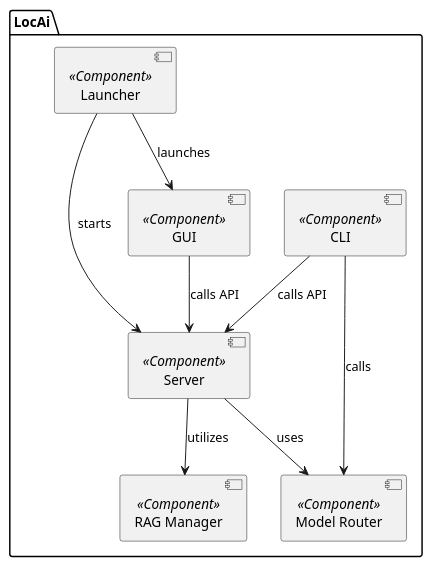
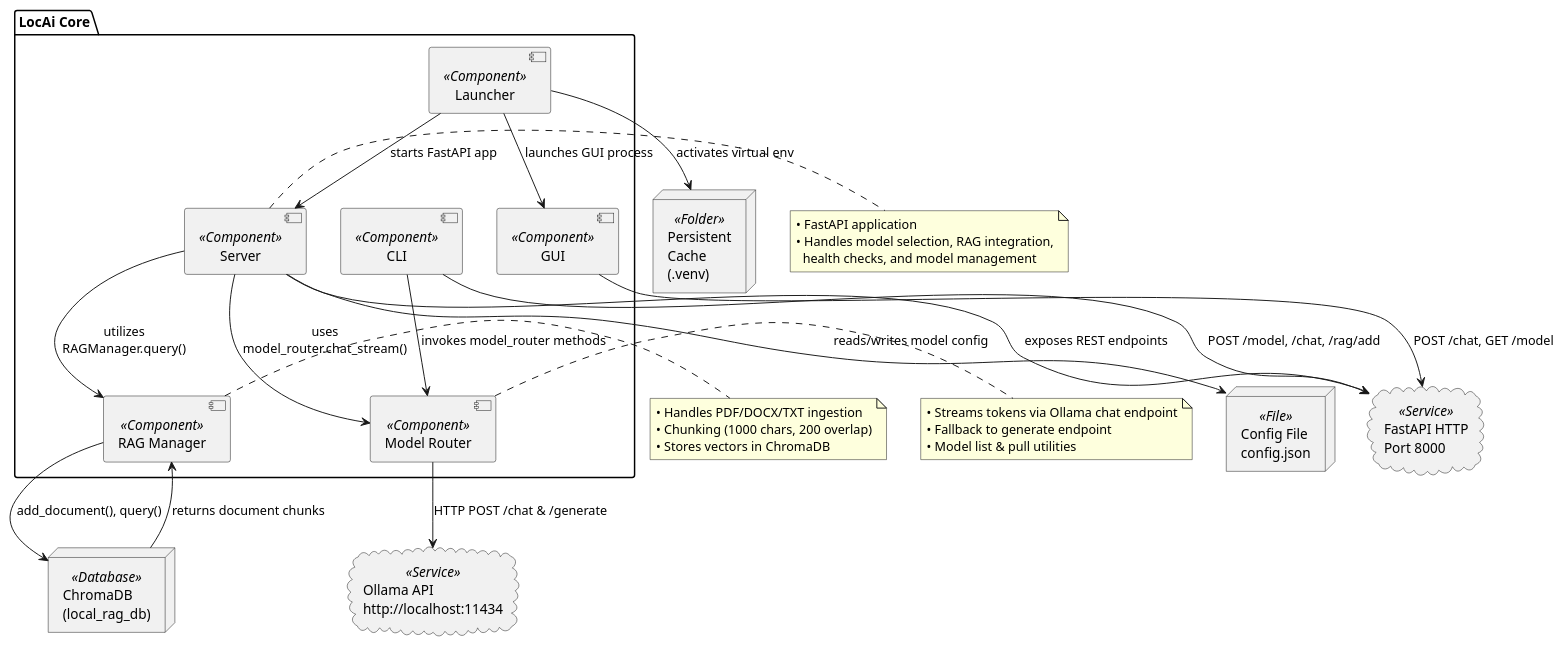
One commit to pranavakshit/LocAi changed the diagram in architecture.puml. Above: the diagram before and after it, drawn with PlantUML.

Commit message:
docs: expand architecture diagram with data stores, external services, and component annotations

```diff
--- a/architecture.puml
+++ b/architecture.puml
@@ -1,21 +1,68 @@
 @startuml
-' Define components
-package "LocAi" {
-  [Server] as server <<Component>>
-  [RAG Manager] as rag <<Component>>
-  [Model Router] as modelRouter <<Component>>
-  [CLI] as cli <<Component>>
-  [GUI] as gui <<Component>>
-  [Launcher] as launcher <<Component>>
+' ==========================================================
+' LocAi Architecture – detailed component view
+' ==========================================================
+' Packages for logical grouping
+package "LocAi Core" {
+  [Server]           as server   <<Component>>
+  [RAG Manager]      as rag      <<Component>>
+  [Model Router]     as model    <<Component>>
+  [CLI]              as cli      <<Component>>
+  [GUI]              as gui      <<Component>>
+  [Launcher]         as launcher <<Component>>
 }
 
-' Relationships
-server --> modelRouter : uses
-server --> rag : utilizes
-cli --> modelRouter : calls
-cli --> server : calls API
-gui --> server : calls API
-launcher --> gui : launches
-launcher --> server : starts
+' ==========================================================
+' Internal data stores
+' ==========================================================
+node "ChromaDB\n(local_rag_db)" as db <<Database>>
+node "Config File\nconfig.json" as cfg <<File>>
+node "Persistent\nCache\n(.venv)" as venv <<Folder>>
+
+' ==========================================================
+' External services
+' ==========================================================
+cloud "Ollama API\nhttp://localhost:11434" as ollama <<Service>>
+cloud "FastAPI HTTP\nPort 8000" as http <<Service>>
+
+' ==========================================================
+' Relationships – API calls & data flow
+' ==========================================================
+server --> model  : uses\nmodel_router.chat_stream()
+server --> rag    : utilizes\nRAGManager.query()
+server --> http   : exposes REST endpoints
+server --> cfg    : reads/writes model config
+
+cli --> http        : POST /model, /chat, /rag/add
+cli --> model       : invokes model_router methods
+gui --> http        : POST /chat, GET /model
+launcher --> gui    : launches GUI process
+launcher --> server : starts FastAPI app
+launcher --> venv   : activates virtual env
+
+model --> ollama    : HTTP POST /chat & /generate
+rag --> db          : add_document(), query()
+db --> rag          : returns document chunks
+
+' ==========================================================
+' Additional notes
+' ==========================================================
+note right of server
+  • FastAPI application
+  • Handles model selection, RAG integration,
+    health checks, and model management
+end note
+
+note right of rag
+  • Handles PDF/DOCX/TXT ingestion
+  • Chunking (1000 chars, 200 overlap)
+  • Stores vectors in ChromaDB
+end note
+
+note right of model
+  • Streams tokens via Ollama chat endpoint
+  • Fallback to generate endpoint
+  • Model list & pull utilities
+end note
 
 @enduml
```
